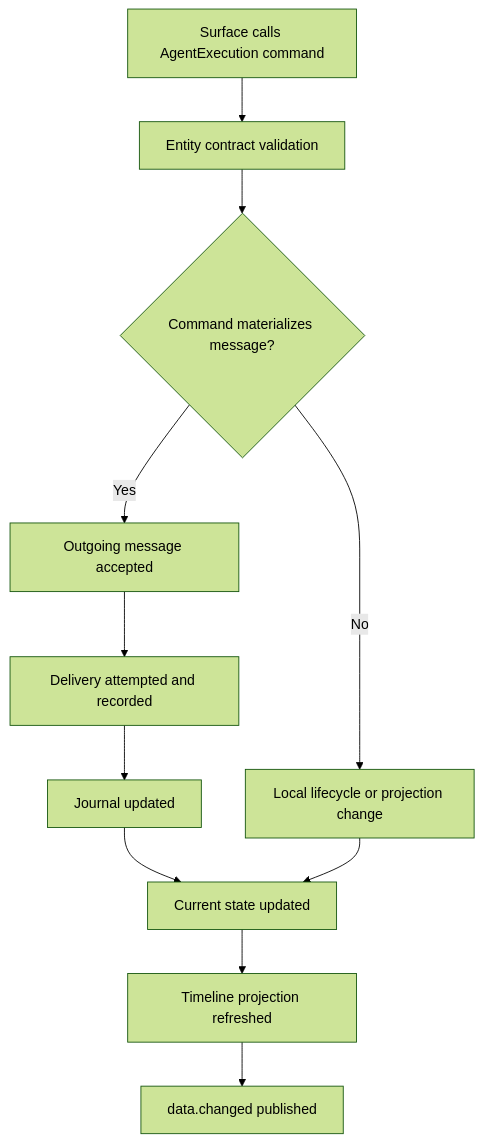
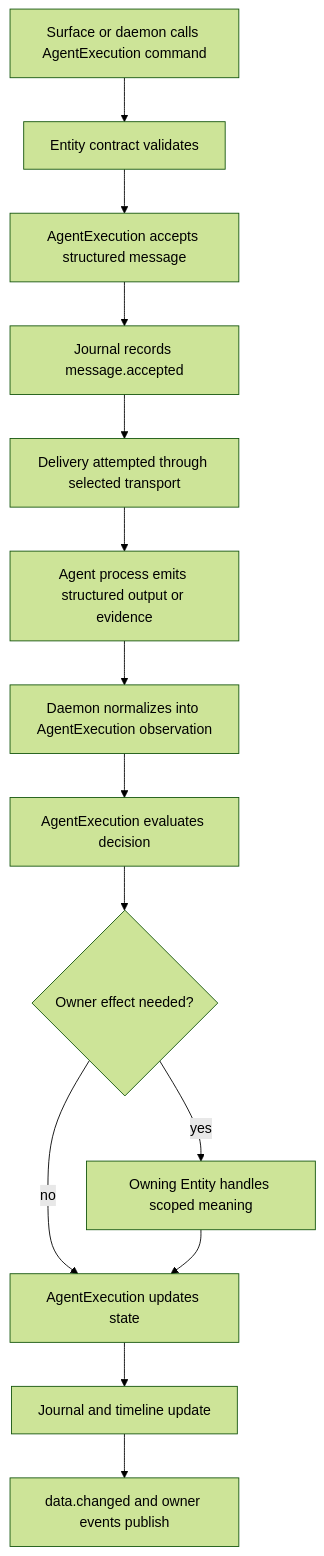
One commit to Flying-Pillow/open-mission changed the fourth of 5 diagrams in docs/architecture/entities/agent-execution.md. Above: the diagram before and after it, drawn with Mermaid (forest theme). The commit also changed other lines of this file and 251 other files, not shown here.

````diff
--- a/docs/architecture/entities/agent-execution.md
+++ b/docs/architecture/entities/agent-execution.md
@@ -150,13 +580,16 @@
 ```mermaid
 flowchart TD
-  A[Surface calls AgentExecution command] --> B[Entity contract validation]
-  B --> C{Command materializes message?}
-  C -- No --> D[Local lifecycle or projection change]
-  C -- Yes --> E[Outgoing message accepted]
-  E --> F[Delivery attempted and recorded]
-  F --> G[Journal updated]
-  G --> H[Current state updated]
-  H --> I[Timeline projection refreshed]
-  D --> H
-  I --> J[data.changed published]
+  A[Surface or daemon calls AgentExecution command] --> B[Entity contract validates]
+  B --> C[AgentExecution accepts structured message]
+  C --> D[Journal records message.accepted]
+  D --> E[Delivery attempted through selected transport]
+  E --> F[Agent process emits structured output or evidence]
+  F --> G[Daemon normalizes into AgentExecution observation]
+  G --> H[AgentExecution evaluates decision]
+  H --> I{Owner effect needed?}
+  I -- yes --> J[Owning Entity handles scoped meaning]
+  I -- no --> K[AgentExecution updates state]
+  J --> K
+  K --> L[Journal and timeline update]
+  L --> M[data.changed and owner events publish]
 ```
````
